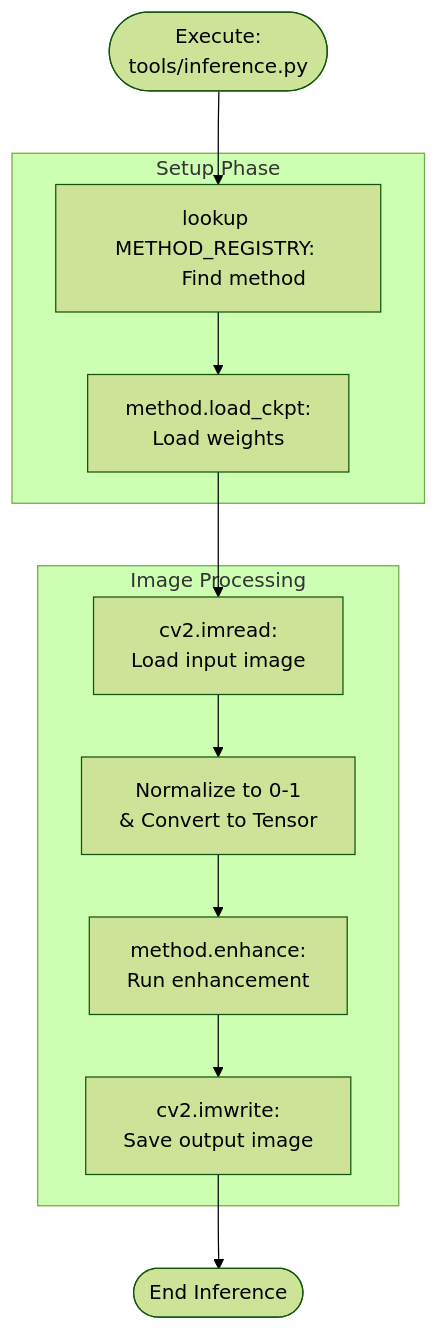
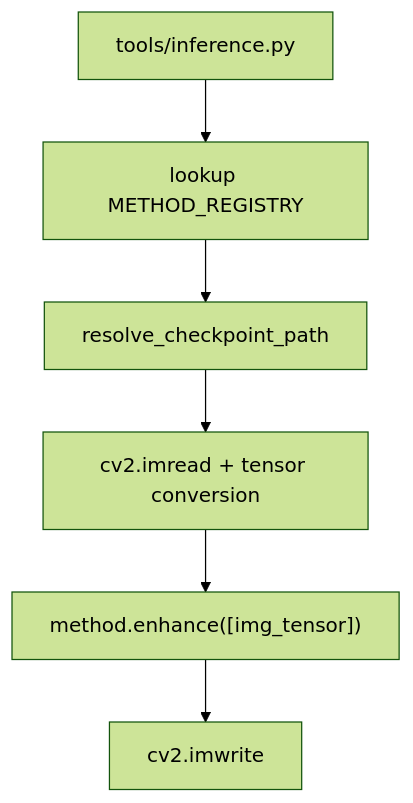
Before and after one commit to fury471/llie_bench: the third of 3 diagrams in README.md, drawn with Mermaid (forest theme). The commit also changed other lines of this file and 17 other files, not shown here.

````diff
--- a/README.md
+++ b/README.md
@@ -148,25 +164,8 @@
 ```mermaid
 flowchart TD
-    Start([Execute: 
-    tools/inference.py]) --> Lookup
-
-    subgraph Setup Phase
-        Lookup[lookup METHOD_REGISTRY: 
-        Find method] --> Ckpt[method.load_ckpt: 
-        Load weights]
-    end
-
-    Ckpt --> LoadImg
-
-    subgraph Image Processing
-        LoadImg[cv2.imread: 
-        Load input image] --> Norm[Normalize to 0-1 
-        & Convert to Tensor]
-        Norm --> Enhance[method.enhance: 
-        Run enhancement]
-        Enhance --> Save[cv2.imwrite: 
-        Save output image]
-    end
-
-    Save --> Finish([End Inference])
+    Start["tools/inference.py"] --> Method["lookup METHOD_REGISTRY"]
+    Method --> Ckpt["resolve_checkpoint_path"]
+    Ckpt --> Load["cv2.imread + tensor conversion"]
+    Load --> Infer["method.enhance([img_tensor])"]
+    Infer --> Save["cv2.imwrite"]
 ```
````
